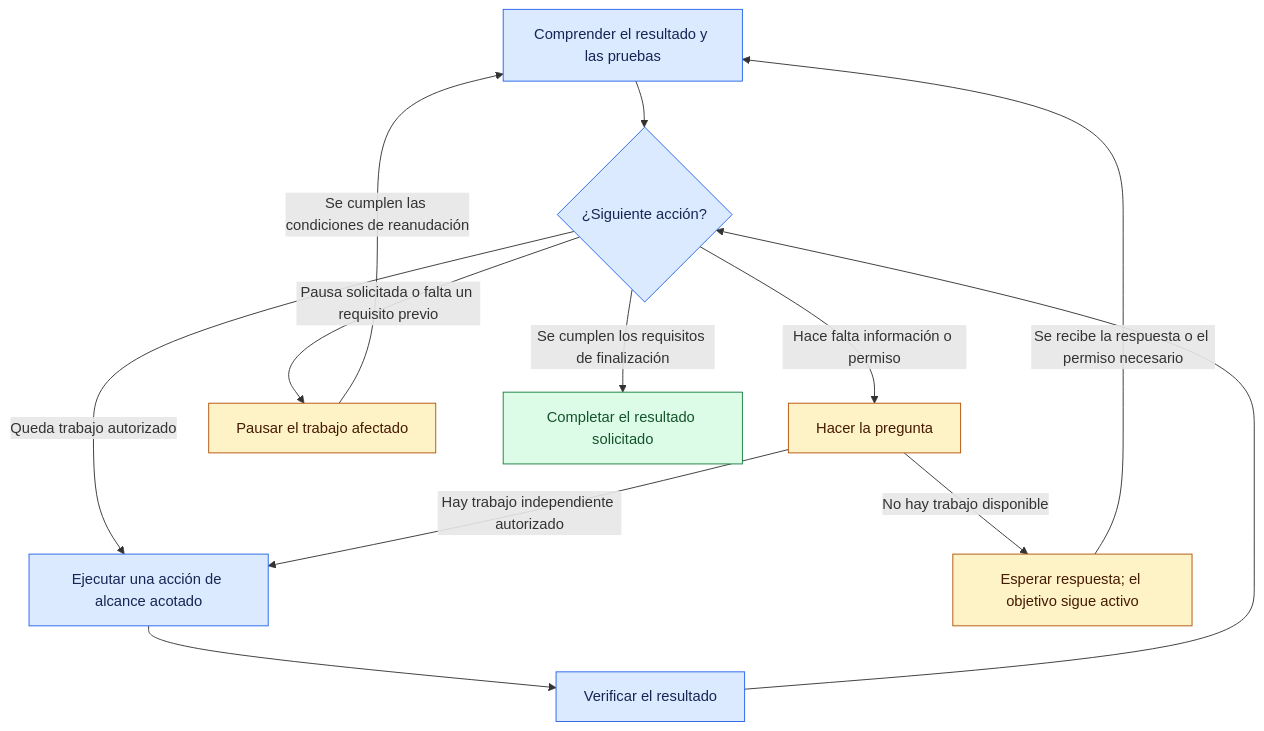
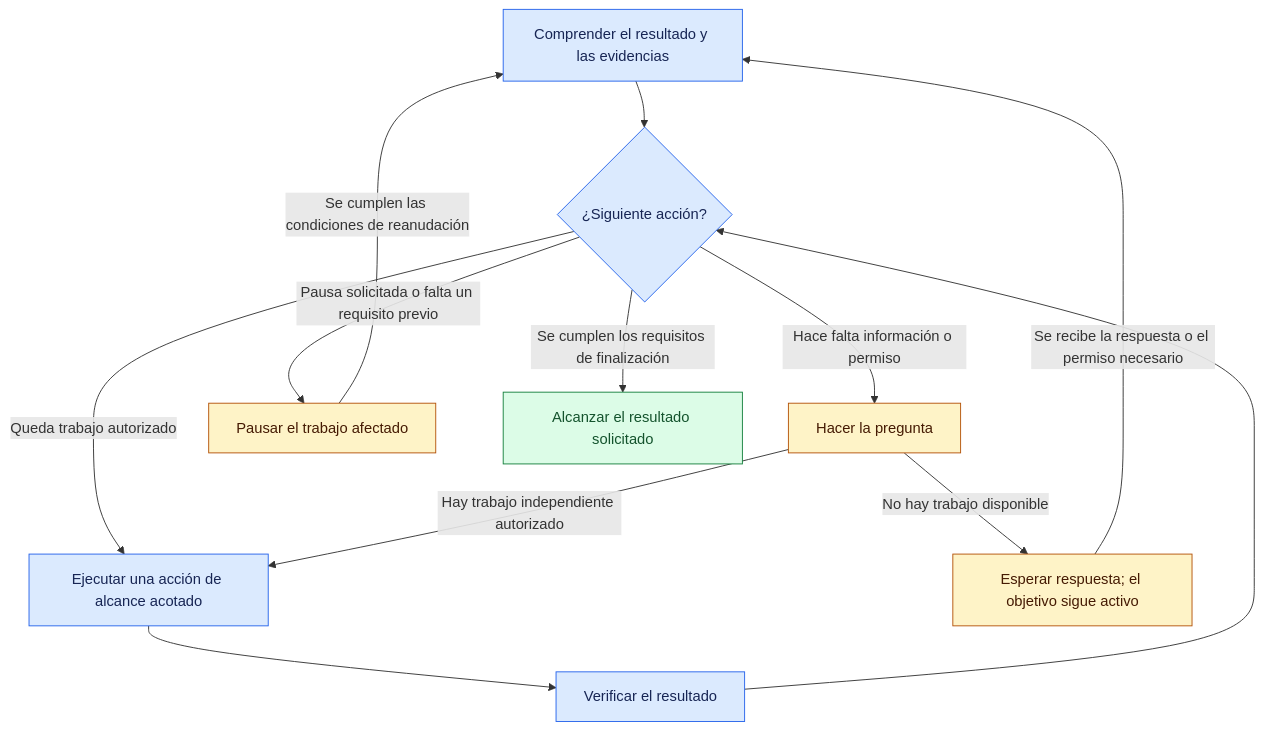
Before and after one commit to Lusona/ai-skills: the diagram in README.es.md, drawn with Mermaid. The commit also changed other lines of this file and 5 other files, not shown here.

````diff
--- a/README.es.md
+++ b/README.es.md
@@ -157,21 +159,21 @@
 ```mermaid
 flowchart TD
-    Understand[Comprender el resultado y las pruebas] --> Assess{¿Siguiente acción?}
+    Understand[Comprender el resultado y las evidencias] --> Assess{¿Siguiente acción?}
     Assess -->|Queda trabajo autorizado| Act[Ejecutar una acción de alcance acotado]
     Act --> Check[Verificar el resultado]
     Check --> Assess
     Assess -->|Hace falta información o permiso| Ask[Hacer la pregunta]
     Ask -->|Hay trabajo independiente autorizado| Act
     Ask -->|No hay trabajo disponible| Wait[Esperar respuesta; el objetivo sigue activo]
     Wait -->|Se recibe la respuesta o el permiso necesario| Understand
     Assess -->|Pausa solicitada o falta un requisito previo| Pause[Pausar el trabajo afectado]
     Pause -->|Se cumplen las condiciones de reanudación| Understand
-    Assess -->|Se cumplen los requisitos de finalización| Done[Completar el resultado solicitado]
+    Assess -->|Se cumplen los requisitos de finalización| Done[Alcanzar el resultado solicitado]
 
     classDef work fill:#dbeafe,stroke:#2563eb,color:#172554
     classDef input fill:#fef3c7,stroke:#b45309,color:#451a03
     classDef complete fill:#dcfce7,stroke:#15803d,color:#14532d
     class Understand,Assess,Act,Check work
     class Ask,Wait,Pause input
     class Done complete
 ```
````
